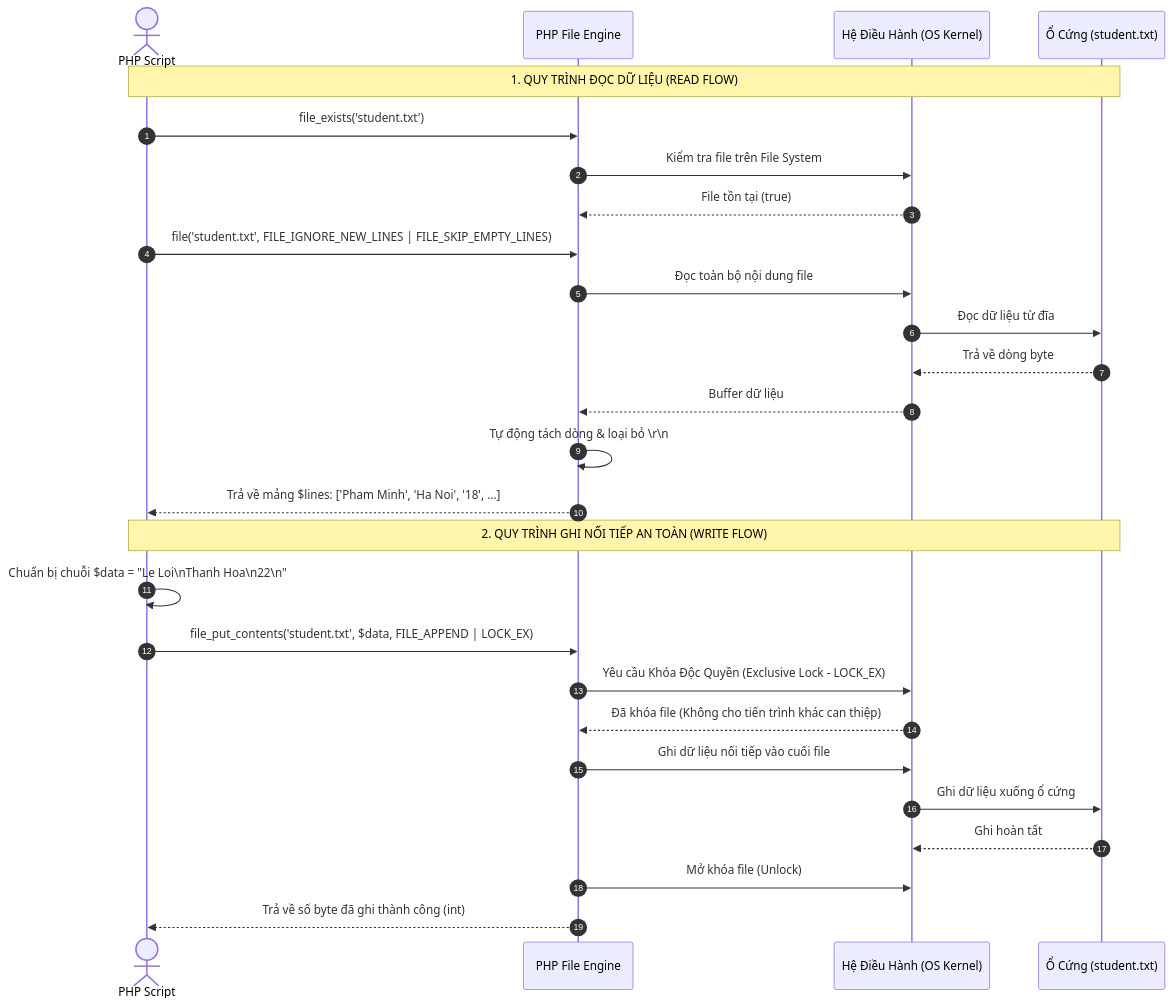
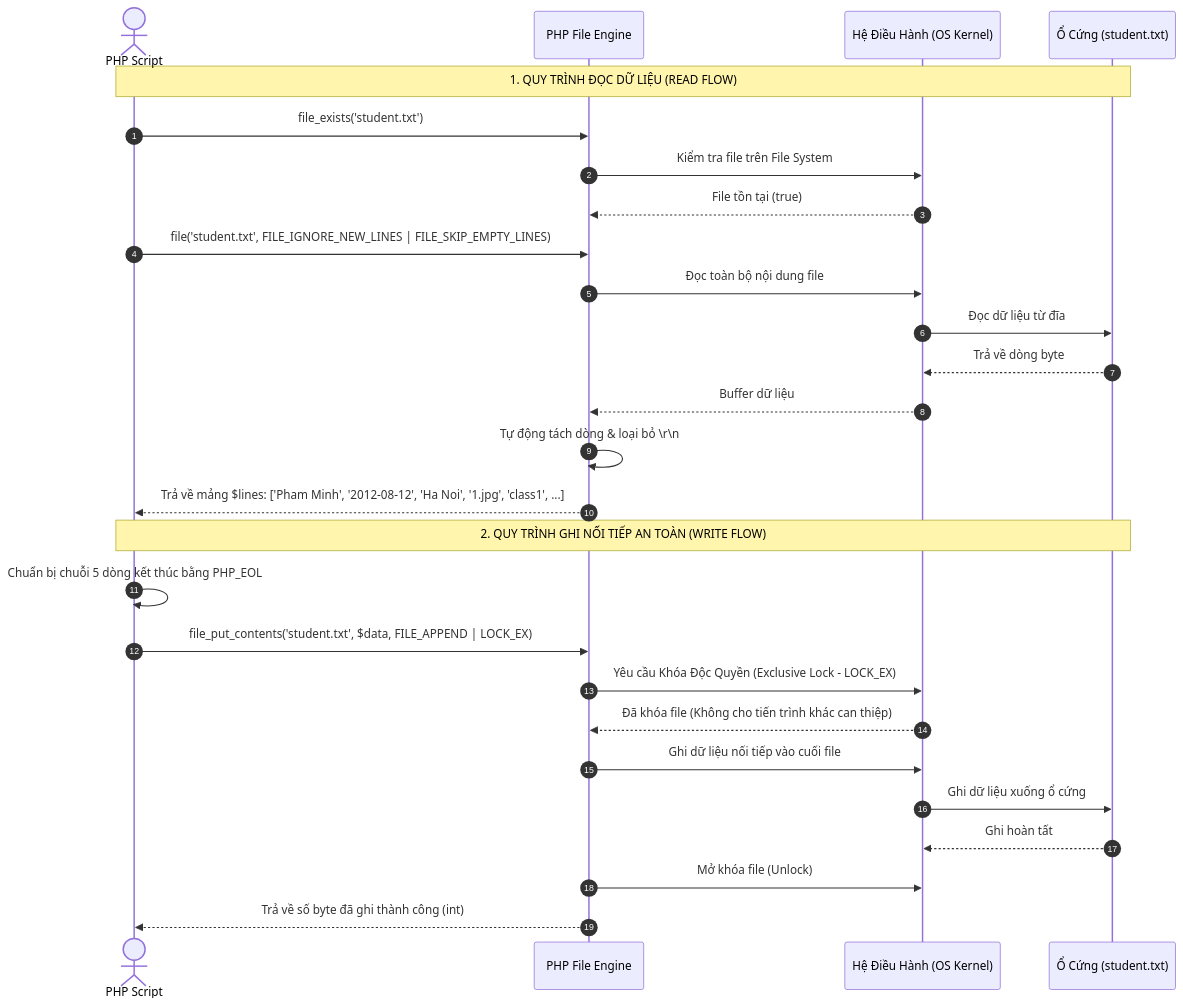
The first of 2 diagrams in docs/05_Doc_Ghi_File.md (penguino7/WebPhp), drawn with Mermaid before and after one commit. The commit also changed other lines of this file and 2 other files, not shown here.

Commit message:
Bo sung day du kien thuc CRUD File, Data Flow, Ma loi upload vao docs

````diff
--- a/docs/05_Doc_Ghi_File.md
+++ b/docs/05_Doc_Ghi_File.md
@@ -47,31 +50,31 @@
 ```mermaid
 sequenceDiagram
     autonumber
     actor Script as PHP Script
     participant Engine as PHP File Engine
     participant OS as Hệ Điều Hành (OS Kernel)
     participant Disk as Ổ Cứng (student.txt)
 
     Note over Script,Disk: 1. QUY TRÌNH ĐỌC DỮ LIỆU (READ FLOW)
     Script->>Engine: file_exists('student.txt')
     Engine->>OS: Kiểm tra file trên File System
     OS-->>Engine: File tồn tại (true)
     Script->>Engine: file('student.txt', FILE_IGNORE_NEW_LINES | FILE_SKIP_EMPTY_LINES)
     Engine->>OS: Đọc toàn bộ nội dung file
     OS->>Disk: Đọc dữ liệu từ đĩa
     Disk-->>OS: Trả về dòng byte
     OS-->>Engine: Buffer dữ liệu
     Engine->>Engine: Tự động tách dòng & loại bỏ \r\n
-    Engine-->>Script: Trả về mảng $lines: ['Pham Minh', 'Ha Noi', '18', ...]
+    Engine-->>Script: Trả về mảng $lines: ['Pham Minh', '2012-08-12', 'Ha Noi', '1.jpg', 'class1', ...]
 
     Note over Script,Disk: 2. QUY TRÌNH GHI NỐI TIẾP AN TOÀN (WRITE FLOW)
-    Script->>Script: Chuẩn bị chuỗi $data = "Le Loi\nThanh Hoa\n22\n"
+    Script->>Script: Chuẩn bị chuỗi 5 dòng kết thúc bằng PHP_EOL
     Script->>Engine: file_put_contents('student.txt', $data, FILE_APPEND | LOCK_EX)
     Engine->>OS: Yêu cầu Khóa Độc Quyền (Exclusive Lock - LOCK_EX)
     OS-->>Engine: Đã khóa file (Không cho tiến trình khác can thiệp)
     Engine->>OS: Ghi dữ liệu nối tiếp vào cuối file
     OS->>Disk: Ghi dữ liệu xuống ổ cứng
     Disk-->>OS: Ghi hoàn tất
     Engine->>OS: Mở khóa file (Unlock)
     Engine-->>Script: Trả về số byte đã ghi thành công (int)
 ```
````
